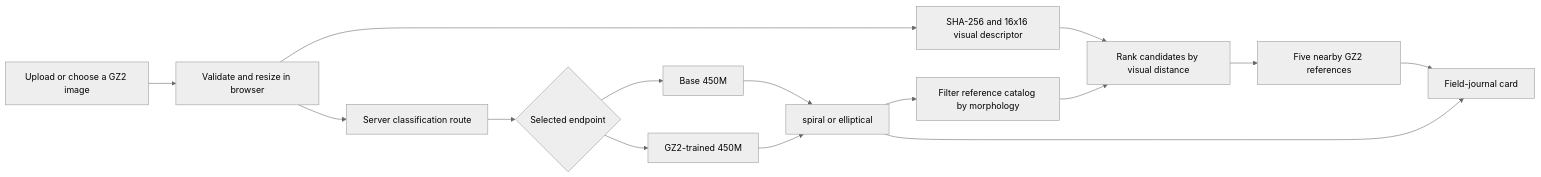
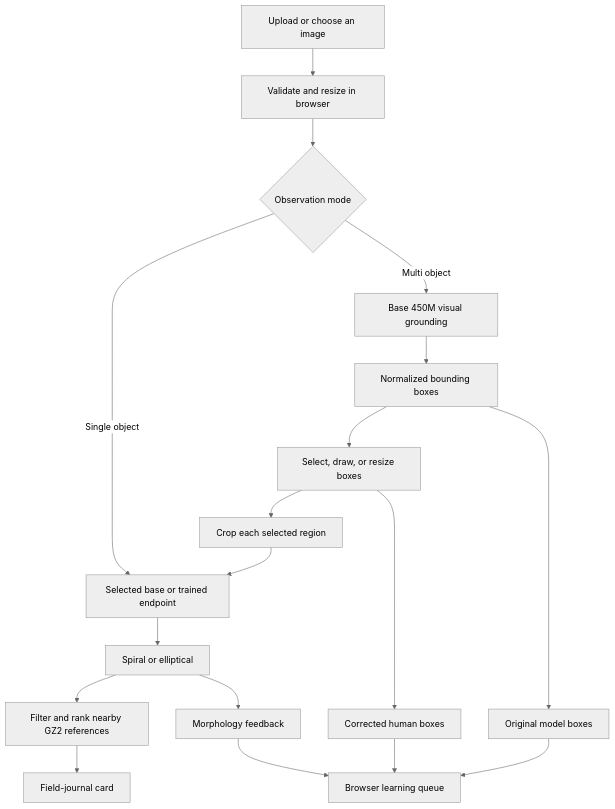
One commit to vishnu-samavedula/cosmic-detective changed the diagram in README.md. Above: the diagram before and after it, drawn with Mermaid (neutral theme). The commit also changed other lines of this file, not shown here.

Commit message:
Document multi-object workflow

````diff
--- a/README.md
+++ b/README.md
@@ -67,17 +75,23 @@
 ```mermaid
-flowchart LR
-    A[Upload or choose a GZ2 image] --> B[Validate and resize in browser]
-    B --> C[SHA-256 and 16x16 visual descriptor]
-    B --> D[Server classification route]
-    D --> E{Selected endpoint}
-    E --> F[Base 450M]
-    E --> G[GZ2-trained 450M]
-    F --> H[spiral or elliptical]
-    G --> H
-    H --> I[Filter reference catalog by morphology]
-    C --> J[Rank candidates by visual distance]
-    I --> J
-    J --> K[Five nearby GZ2 references]
-    H --> L[Field-journal card]
-    K --> L
+flowchart TD
+    A[Upload or choose an image] --> B[Validate and resize in browser]
+    B --> C{Observation mode}
+
+    C -->|Single object| D[Selected base or trained endpoint]
+    D --> E[Spiral or elliptical]
+    E --> F[Filter and rank nearby GZ2 references]
+    F --> G[Field-journal card]
+
+    C -->|Multi object| H[Base 450M visual grounding]
+    H --> I[Normalized bounding boxes]
+    I --> J[Select, draw, or resize boxes]
+    J --> K[Crop each selected region]
+    K --> D
+
+    E --> L[Morphology feedback]
+    I --> M[Original model boxes]
+    J --> N[Corrected human boxes]
+    L --> O[Browser learning queue]
+    M --> O
+    N --> O
 ```
````
